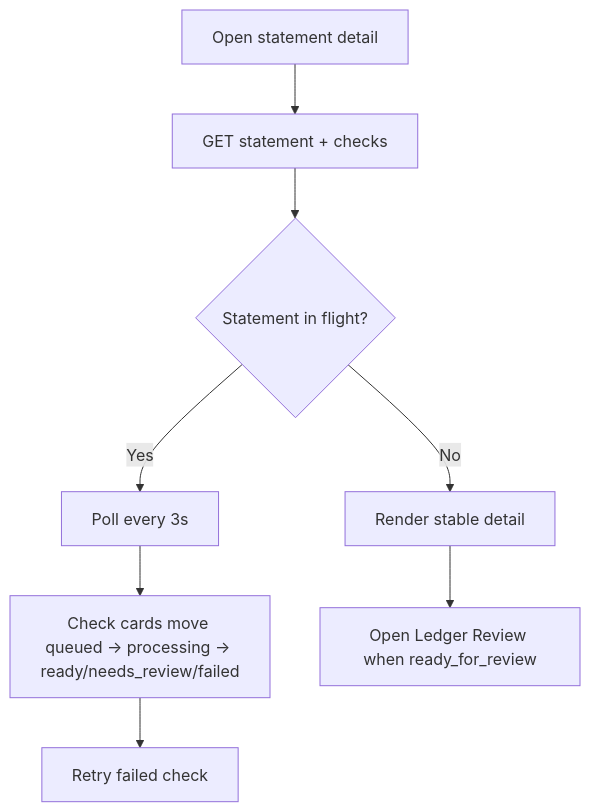
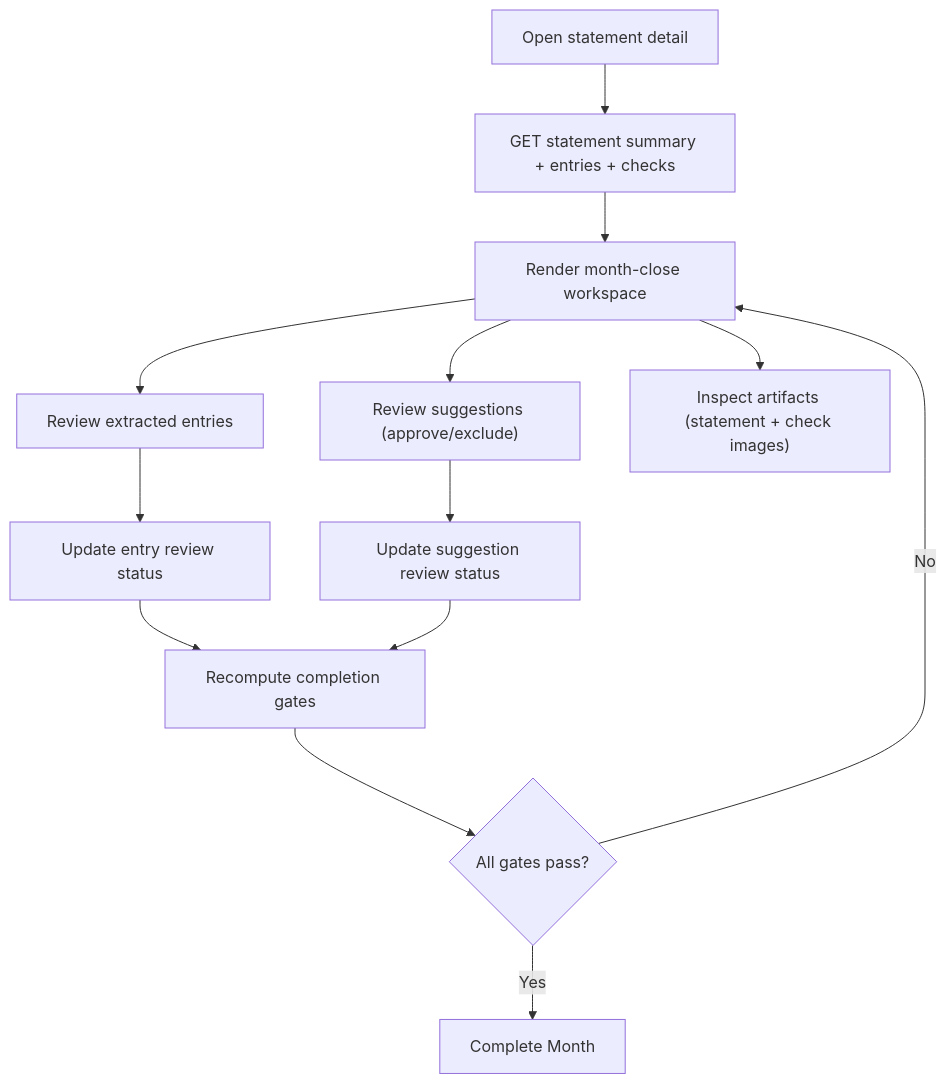
The fourth of 8 diagrams in docs/accounting/wireframes-and-user-lifecycle.md (comp596-spring-2026/RetailSync), drawn with Mermaid before and after one commit. The commit also changed other lines of this file and 32 other files, not shown here.

Commit message:
uodated statment flow sceneios

````diff
--- a/docs/accounting/wireframes-and-user-lifecycle.md
+++ b/docs/accounting/wireframes-and-user-lifecycle.md
@@ -152,10 +192,15 @@
 ```mermaid
 flowchart TD
-  A["Open statement detail"] --> B["GET statement + checks"]
-  B --> C{"Statement in flight?"}
-  C -- Yes --> D["Poll every 3s"]
-  C -- No --> E["Render stable detail"]
-  D --> F["Check cards move queued -> processing -> ready/needs_review/failed"]
-  F --> G["Retry failed check"]
-  E --> H["Open Ledger Review when ready_for_review"]
+  A["Open statement detail"] --> B["GET statement summary + entries + checks"]
+  B --> C["Render month-close workspace"]
+  C --> D["Review extracted entries"]
+  C --> E["Review suggestions (approve/exclude)"]
+  C --> F["Inspect artifacts (statement + check images)"]
+  D --> G["Update entry review status"]
+  E --> H["Update suggestion review status"]
+  G --> I["Recompute completion gates"]
+  H --> I
+  I --> J{"All gates pass?"}
+  J -- No --> C
+  J -- Yes --> K["Complete Month"]
 ```
````
